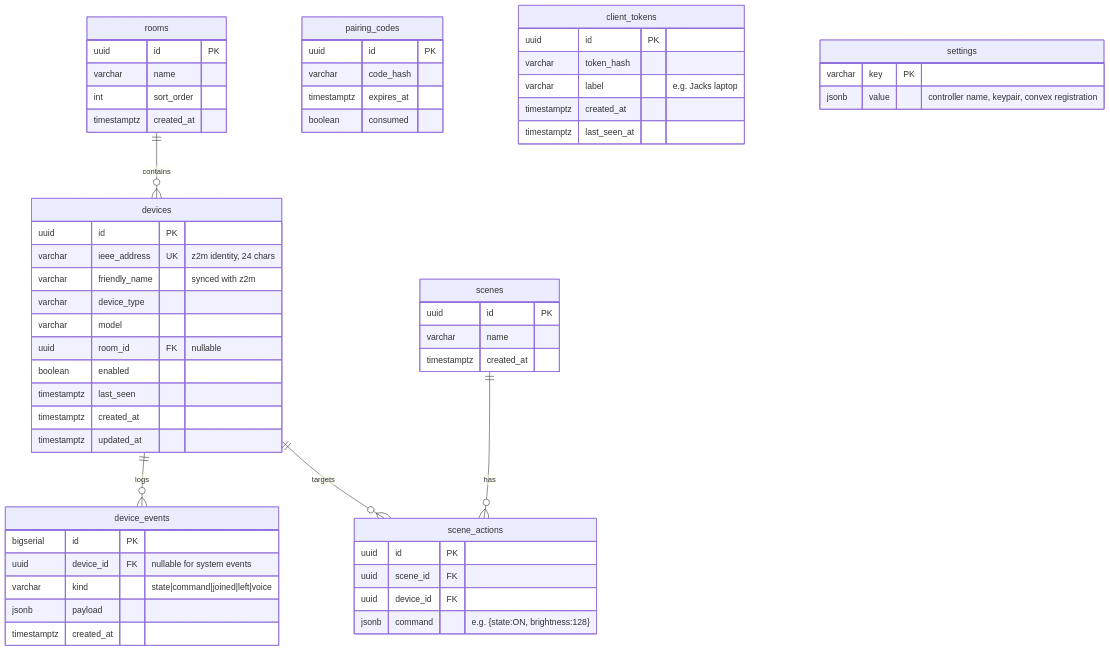
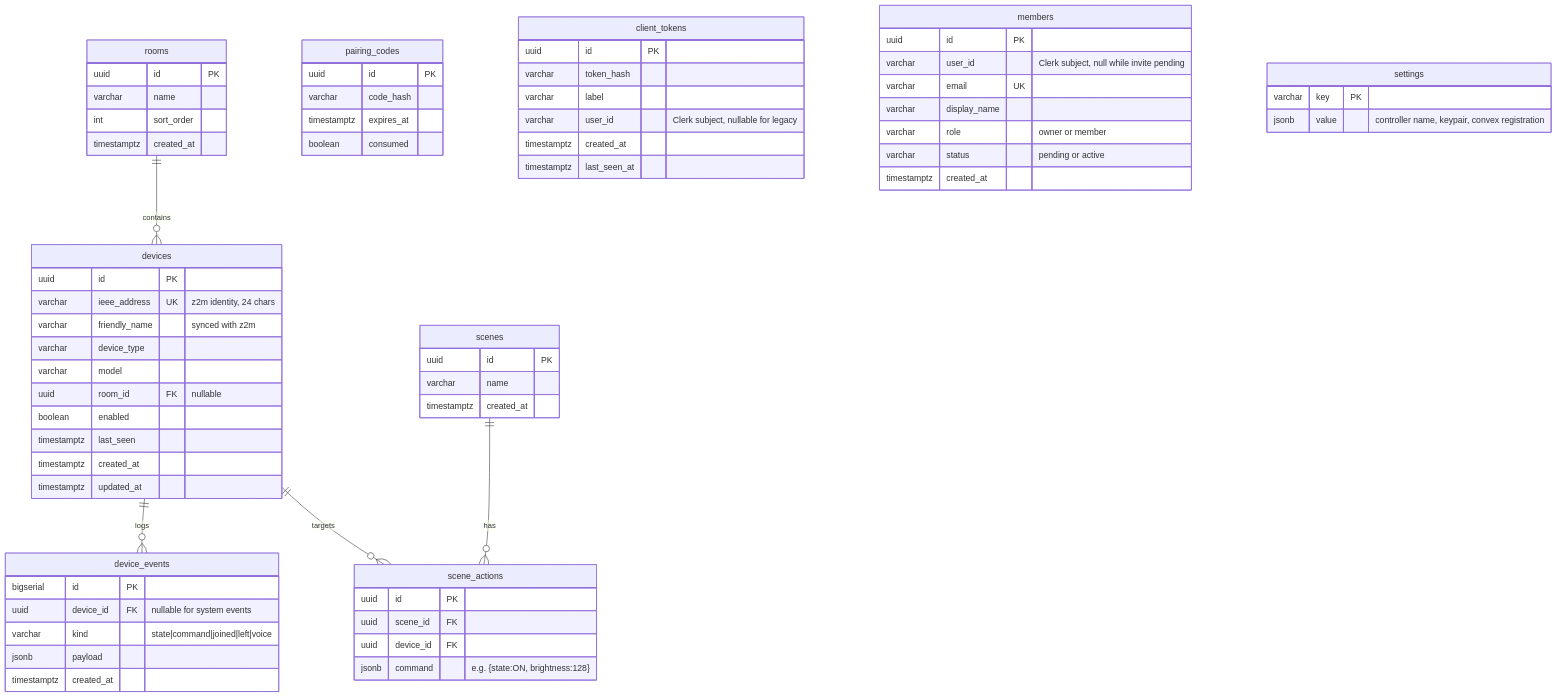
One commit to Zed-Softworks-Official/nemu changed the diagram in docs/architecture/data-model.md. Above: the diagram before and after it, drawn with Mermaid. The commit also changed other lines of this file and 48 other files, not shown here.

````diff
--- a/docs/architecture/data-model.md
+++ b/docs/architecture/data-model.md
@@ -12,61 +12,71 @@
 ```mermaid
 erDiagram
     rooms ||--o{ devices : contains
     devices ||--o{ device_events : logs
     scenes ||--o{ scene_actions : has
     devices ||--o{ scene_actions : targets
 
     rooms {
         uuid id PK
         varchar name
         int sort_order
         timestamptz created_at
     }
     devices {
         uuid id PK
         varchar ieee_address UK "z2m identity, 24 chars"
         varchar friendly_name "synced with z2m"
         varchar device_type
         varchar model
         uuid room_id FK "nullable"
         boolean enabled
         timestamptz last_seen
         timestamptz created_at
         timestamptz updated_at
     }
     device_events {
         bigserial id PK
         uuid device_id FK "nullable for system events"
         varchar kind "state|command|joined|left|voice"
         jsonb payload
         timestamptz created_at
     }
     scenes {
         uuid id PK
         varchar name
         timestamptz created_at
     }
     scene_actions {
         uuid id PK
         uuid scene_id FK
         uuid device_id FK
         jsonb command "e.g. {state:ON, brightness:128}"
     }
     pairing_codes {
         uuid id PK
         varchar code_hash
         timestamptz expires_at
         boolean consumed
     }
     client_tokens {
         uuid id PK
         varchar token_hash
-        varchar label "e.g. Jacks laptop"
+        varchar label
+        varchar user_id "Clerk subject, nullable for legacy"
         timestamptz created_at
         timestamptz last_seen_at
+    }
+    members {
+        uuid id PK
+        varchar user_id "Clerk subject, null while invite pending"
+        varchar email UK
+        varchar display_name
+        varchar role "owner or member"
+        varchar status "pending or active"
+        timestamptz created_at
     }
     settings {
         varchar key PK
         jsonb value "controller name, keypair, convex registration"
     }
 ```
````
